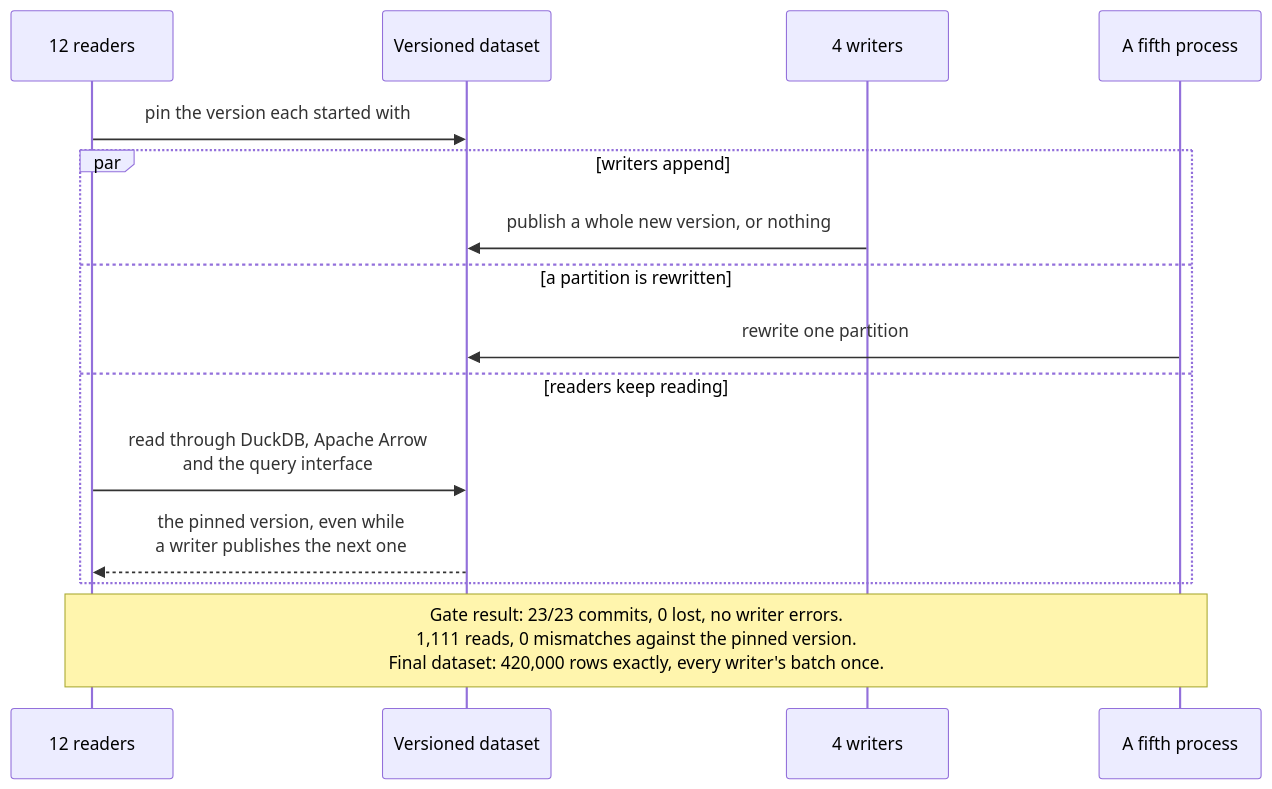
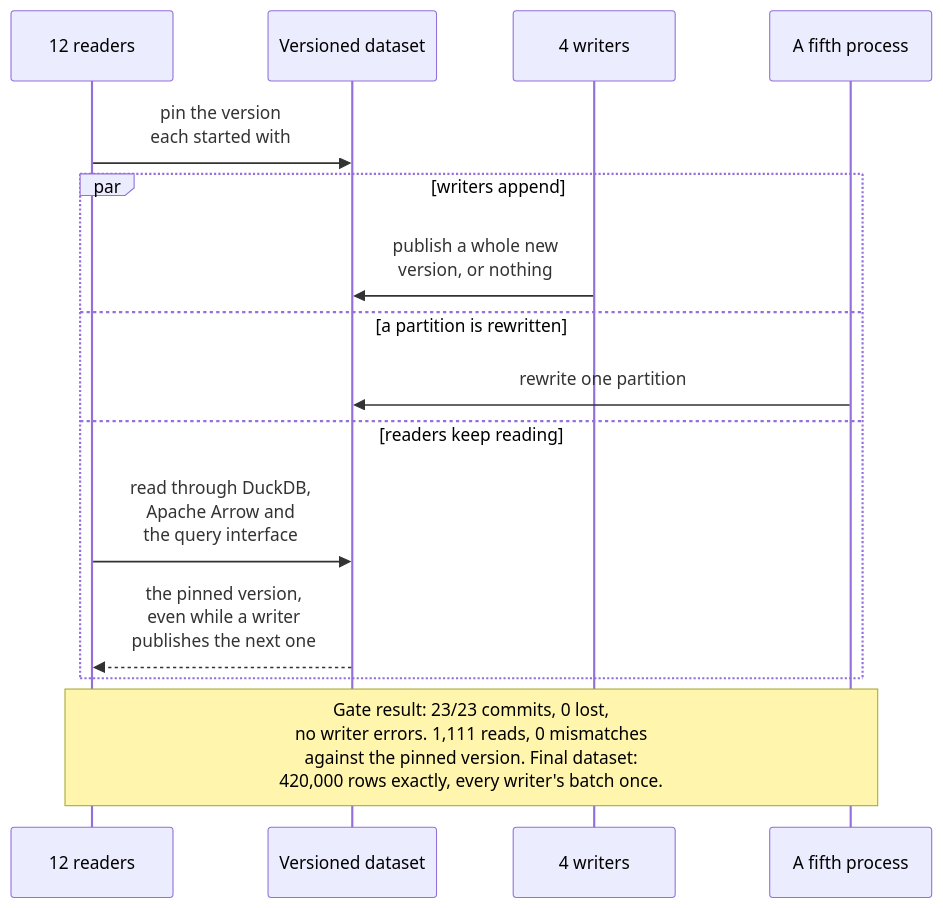
Before and after one commit to hihihhi/qts-platform-showcase: the second of 2 diagrams in README.md, drawn with Mermaid. The commit also changed 3 other files, not shown here.

Commit message:
docs: make diagrams legible at README width

````diff
--- a/README.md
+++ b/README.md
@@ -90,17 +90,17 @@
 ```mermaid
 sequenceDiagram
     participant R as 12 readers
     participant D as Versioned dataset
     participant W as 4 writers
     participant P as A fifth process
-    R->>D: pin the version each started with
+    R->>D: pin the version<br/>each started with
     par writers append
-        W->>D: publish a whole new version, or nothing
+        W->>D: publish a whole new<br/>version, or nothing
     and a partition is rewritten
         P->>D: rewrite one partition
     and readers keep reading
-        R->>D: read through DuckDB, Apache Arrow<br/>and the query interface
-        D-->>R: the pinned version, even while<br/>a writer publishes the next one
+        R->>D: read through DuckDB,<br/>Apache Arrow and<br/>the query interface
+        D-->>R: the pinned version,<br/>even while a writer<br/>publishes the next one
     end
-    Note over R,P: Gate result: 23/23 commits, 0 lost, no writer errors.<br/>1,111 reads, 0 mismatches against the pinned version.<br/>Final dataset: 420,000 rows exactly, every writer's batch once.
+    Note over R,P: Gate result: 23/23 commits, 0 lost,<br/>no writer errors. 1,111 reads, 0 mismatches<br/>against the pinned version. Final dataset:<br/>420,000 rows exactly, every writer's batch once.
 ```
````
